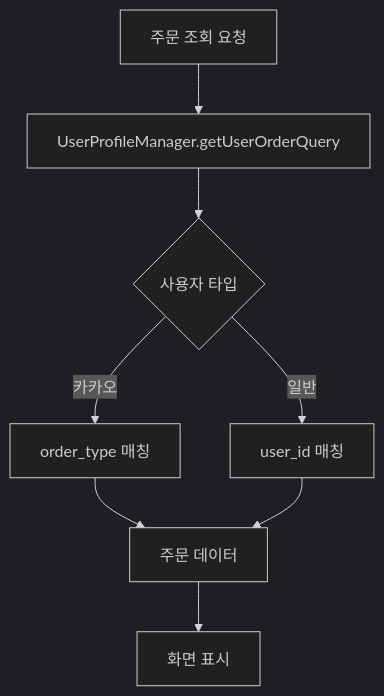
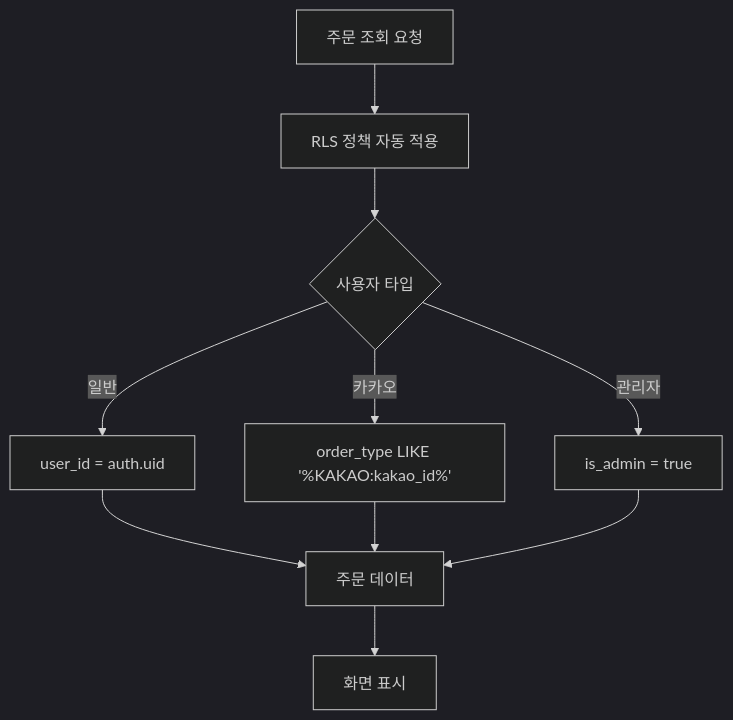
Before and after one commit to Theloho/live-commerce: the third of 3 diagrams in SYSTEM_ARCHITECTURE.md, drawn with Mermaid (dark theme). The commit also changed other lines of this file and 23 other files, not shown here.

````diff
--- a/SYSTEM_ARCHITECTURE.md
+++ b/SYSTEM_ARCHITECTURE.md
@@ -535,10 +1047,12 @@
 ```mermaid
 graph TD
-    A[주문 조회 요청] --> B[UserProfileManager.getUserOrderQuery]
+    A[주문 조회 요청] --> B[RLS 정책 자동 적용]
     B --> C{사용자 타입}
-    C -->|카카오| D[order_type 매칭]
-    C -->|일반| E[user_id 매칭]
-    D --> F[주문 데이터]
-    E --> F
-    F --> G[화면 표시]
+    C -->|일반| D[user_id = auth.uid]
+    C -->|카카오| E[order_type LIKE '%KAKAO:kakao_id%']
+    C -->|관리자| F[is_admin = true]
+    D --> G[주문 데이터]
+    E --> G
+    F --> G
+    G --> H[화면 표시]
 ```
````
